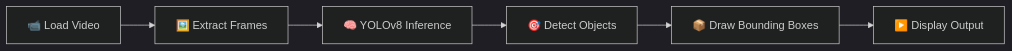
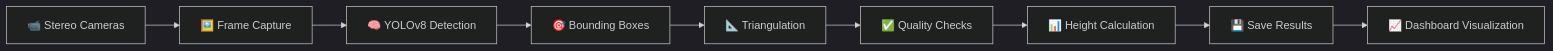
Before and after one commit to KURUPRASATH-J/TYRE_COUNT: the diagram in README.md, drawn with Mermaid (dark theme). The commit also changed other lines of this file, not shown here.

````diff
--- a/README.md
+++ b/README.md
@@ -112,8 +275,11 @@
 ```mermaid
 graph LR
-    A[📹 Load Video] --> B[🖼️ Extract Frames]
-    B --> C[🧠 YOLOv8 Inference]
-    C --> D[🎯 Detect Objects]
-    D --> E[📦 Draw Bounding Boxes]
-    E --> F[▶️ Display Output]
+    A[📹 Stereo Cameras] --> B[🖼️ Frame Capture]
+    B --> C[🧠 YOLOv8 Detection]
+    C --> D[🎯 Bounding Boxes]
+    D --> E[📐 Triangulation]
+    E --> F[✅ Quality Checks]
+    F --> G[📊 Height Calculation]
+    G --> H[💾 Save Results]
+    H --> I[📈 Dashboard Visualization]
 ```
````
